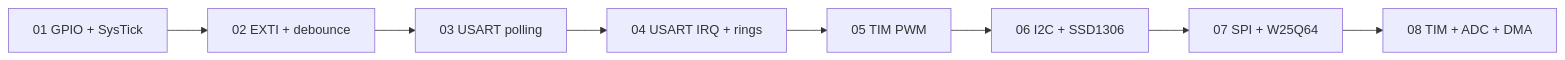
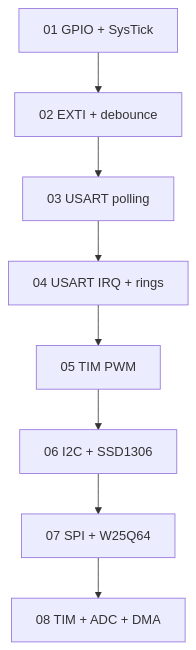
One commit to haikevins/stm32f1-register-level-baremetal changed the first of 2 diagrams in README.md. Above: the diagram before and after it, drawn with Mermaid. The commit also changed 16 other files, not shown here.

````diff
--- a/README.md
+++ b/README.md
@@ -20,10 +20,10 @@
 ```mermaid
-flowchart LR
+flowchart TB
     E1["01 GPIO + SysTick"] --> E2["02 EXTI + debounce"]
     E2 --> E3["03 USART polling"]
     E3 --> E4["04 USART IRQ + rings"]
     E4 --> E5["05 TIM PWM"]
     E5 --> E6["06 I2C + SSD1306"]
     E6 --> E7["07 SPI + W25Q64"]
     E7 --> E8["08 TIM + ADC + DMA"]
 ```
````
